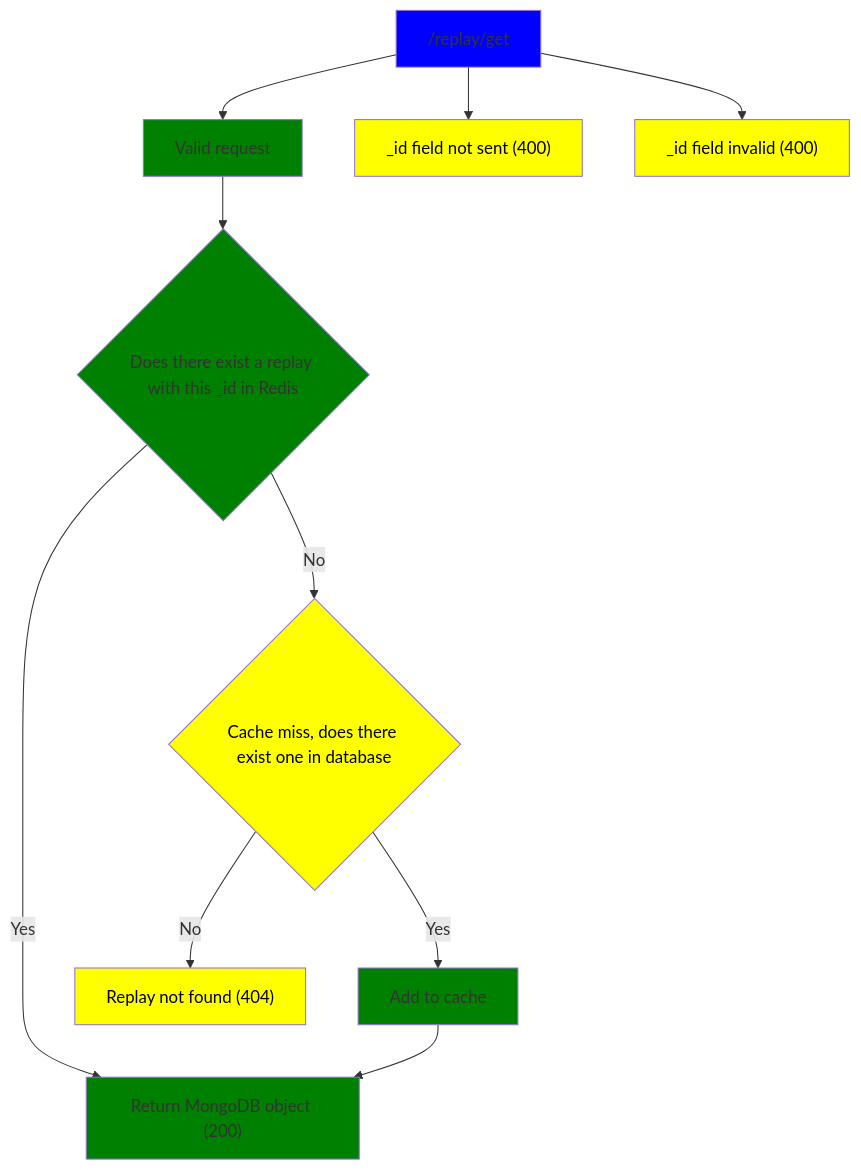
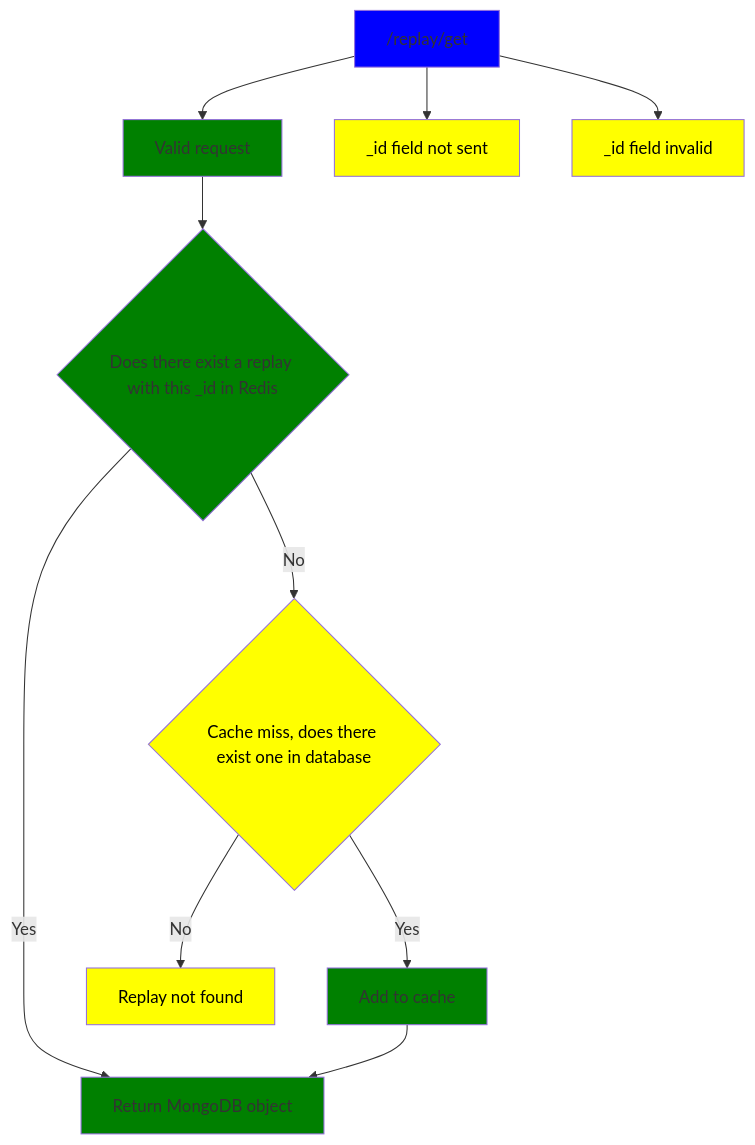
The second of 3 diagrams in uml/replay.md (MorhafAlshibly/coanda), drawn with Mermaid before and after one commit. The commit also changed other lines of this file and 12 other files, not shown here.

````diff
--- a/uml/replay.md
+++ b/uml/replay.md
@@ -27,23 +27,23 @@
 ```mermaid
 graph TD
     A["/replay/get"]
     A --> B[Valid request]
-    A --> C["_id field not sent (400)"]
-    A --> D["_id field invalid (400)"]
+    A --> C["_id field not sent"]
+    A --> D["_id field invalid"]
 
     B --> E{Does there exist a replay with this _id in Redis}
-    E --> |Yes| F["Return MongoDB object (200)"]
+    E --> |Yes| F["Return MongoDB object"]
     E --> |No| G{"Cache miss, does there exist one in database"}
 
     G --> |Yes| H["Add to cache"]
     H --> F
-    G --> |No| I["Replay not found (404)"]
+    G --> |No| I["Replay not found"]
 
     style A fill:blue
 
     classDef green fill:green
     class B,E,F,H green
 
     classDef yellow fill:yellow,color:black
     class C,D,G,I yellow
 ```
````
